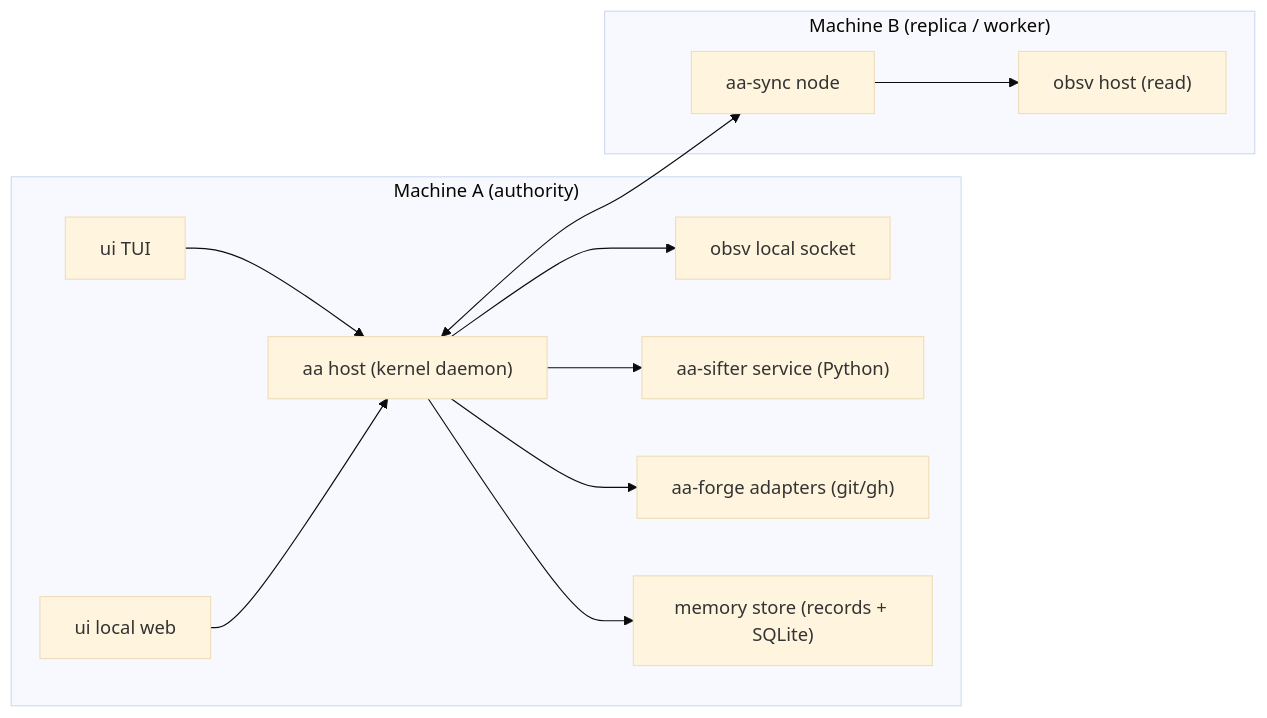
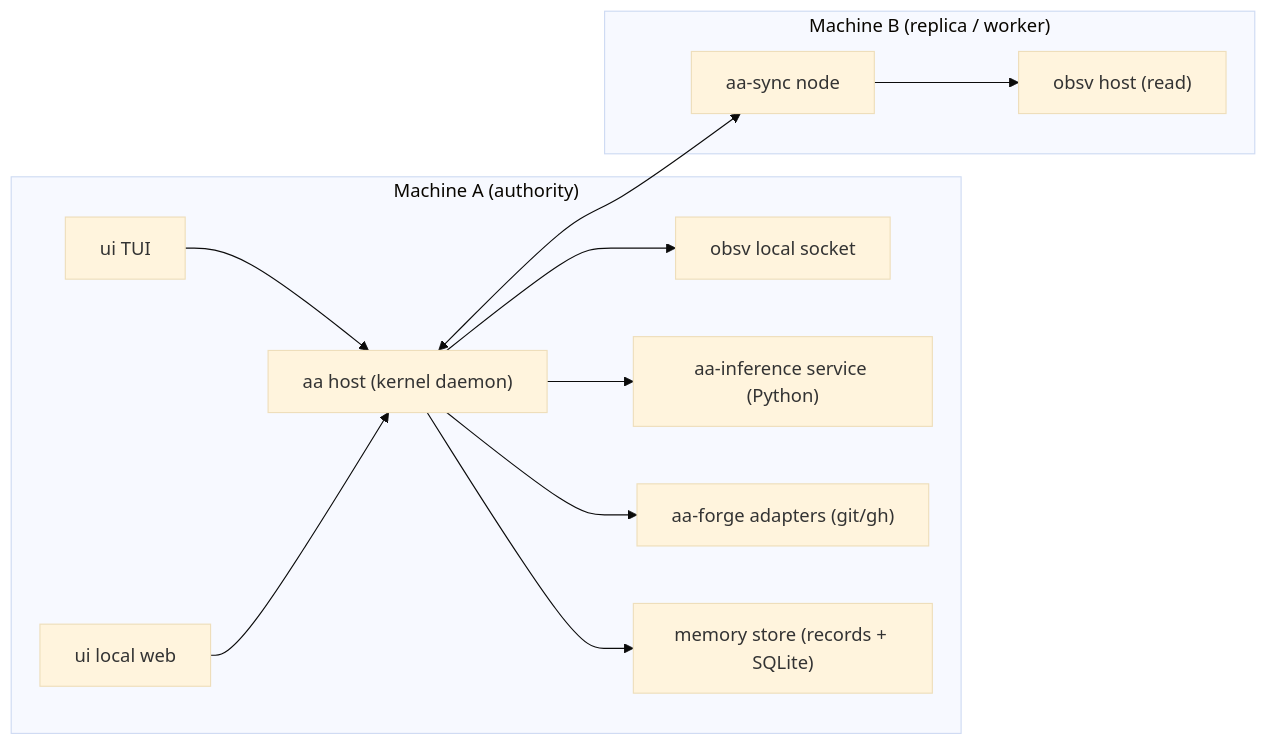
The fourth of 6 diagrams in docs/architecture/README.md (greadee/aa), drawn with Mermaid (base theme) before and after one commit. The commit also changed other lines of this file and 355 other files, not shown here.

Commit message:
rename sifter to inference under runtime

````diff
--- a/docs/architecture/README.md
+++ b/docs/architecture/README.md
@@ -237,24 +237,24 @@
 ```mermaid
 flowchart LR
     subgraph MachineA["Machine A (authority)"]
         host["aa host (kernel daemon)"]
         obsSocket["obsv local socket"]
-        sifterProc["aa-sifter service (Python)"]
+        inferenceProc["aa-inference service (Python)"]
         forgeProc["aa-forge adapters (git/gh)"]
         sqlite["memory store (records + SQLite)"]
         web["ui local web"]
         tui["ui TUI"]
     end
     subgraph MachineB["Machine B (replica / worker)"]
         syncNode["aa-sync node"]
         obsvB["obsv host (read)"]
     end
     tui --> host
     web --> host
     host --> obsSocket
-    host --> sifterProc
+    host --> inferenceProc
     host --> forgeProc
     host --> sqlite
     host <--> syncNode
     syncNode --> obsvB
 ```
````
